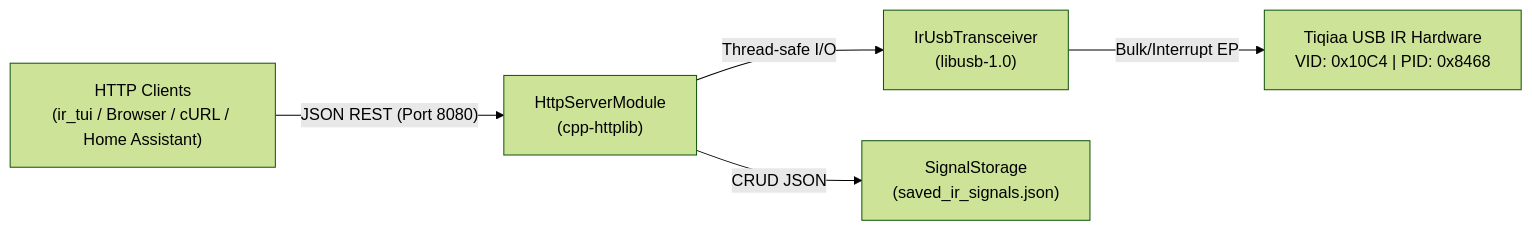
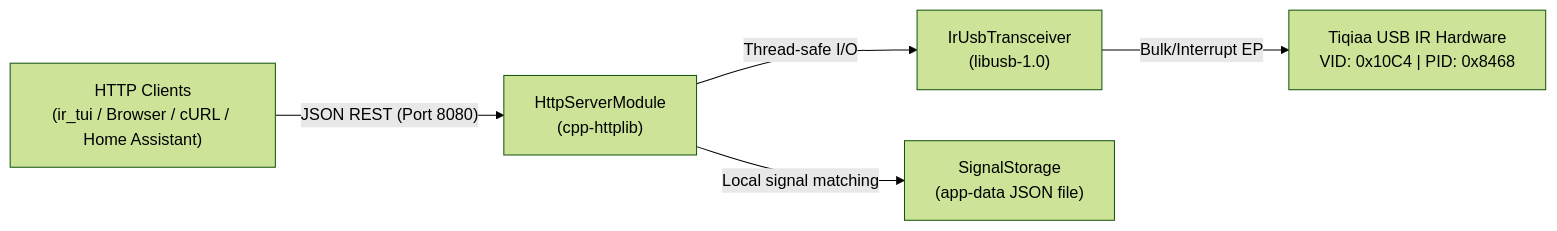
Before and after one commit to petrj/IR: the diagram in src/api/README.md, drawn with Mermaid (forest theme). The commit also changed other lines of this file and 10 other files, not shown here.

Commit message:
signal storage removed from api

````diff
--- a/src/api/README.md
+++ b/src/api/README.md
@@ -34,7 +33,7 @@
 ```mermaid
 flowchart LR
     Client["HTTP Clients\n(ir_tui / Browser / cURL / Home Assistant)"] -- "JSON REST (Port 8080)" --> API["HttpServerModule\n(cpp-httplib)"]
     API -- "Thread-safe I/O" --> Driver["IrUsbTransceiver\n(libusb-1.0)"]
-    API -- "CRUD JSON" --> Storage["SignalStorage\n(saved_ir_signals.json)"]
+    API -- "Local signal matching" --> Storage["SignalStorage\n(app-data JSON file)"]
     Driver -- "Bulk/Interrupt EP" --> Hardware["Tiqiaa USB IR Hardware\nVID: 0x10C4 | PID: 0x8468"]
 ```
````
